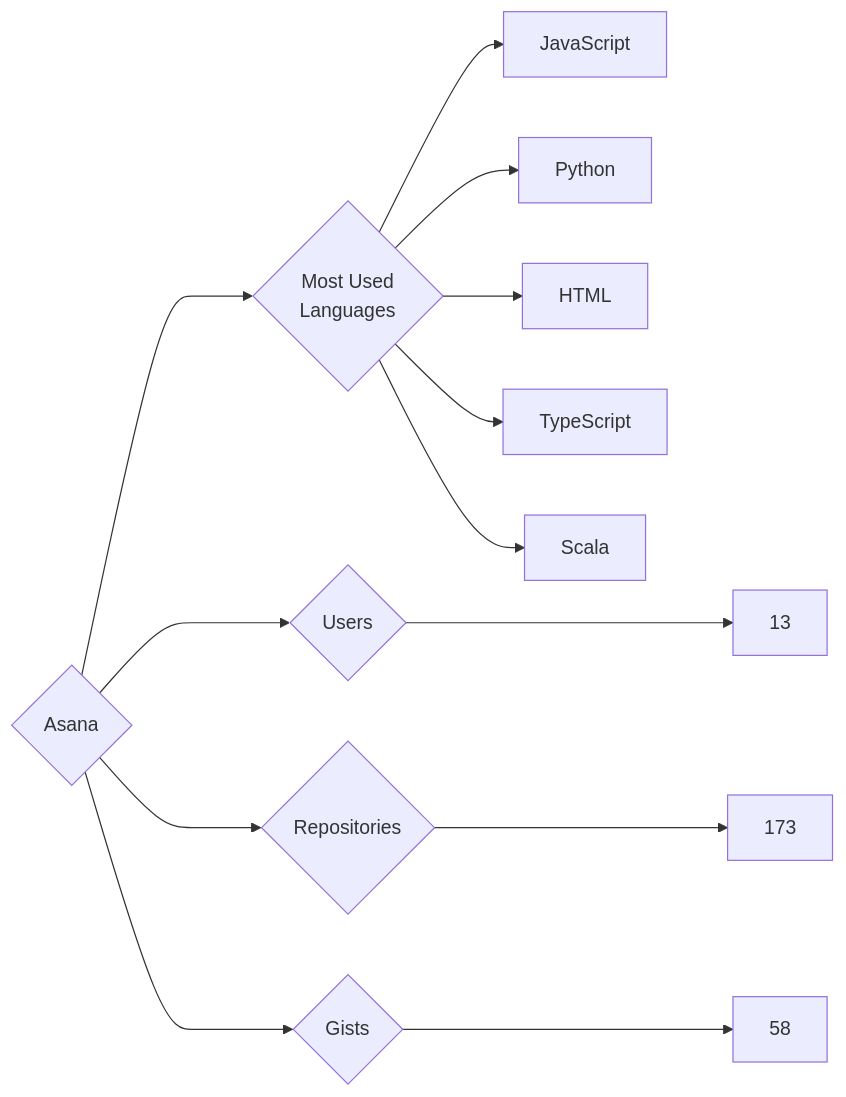
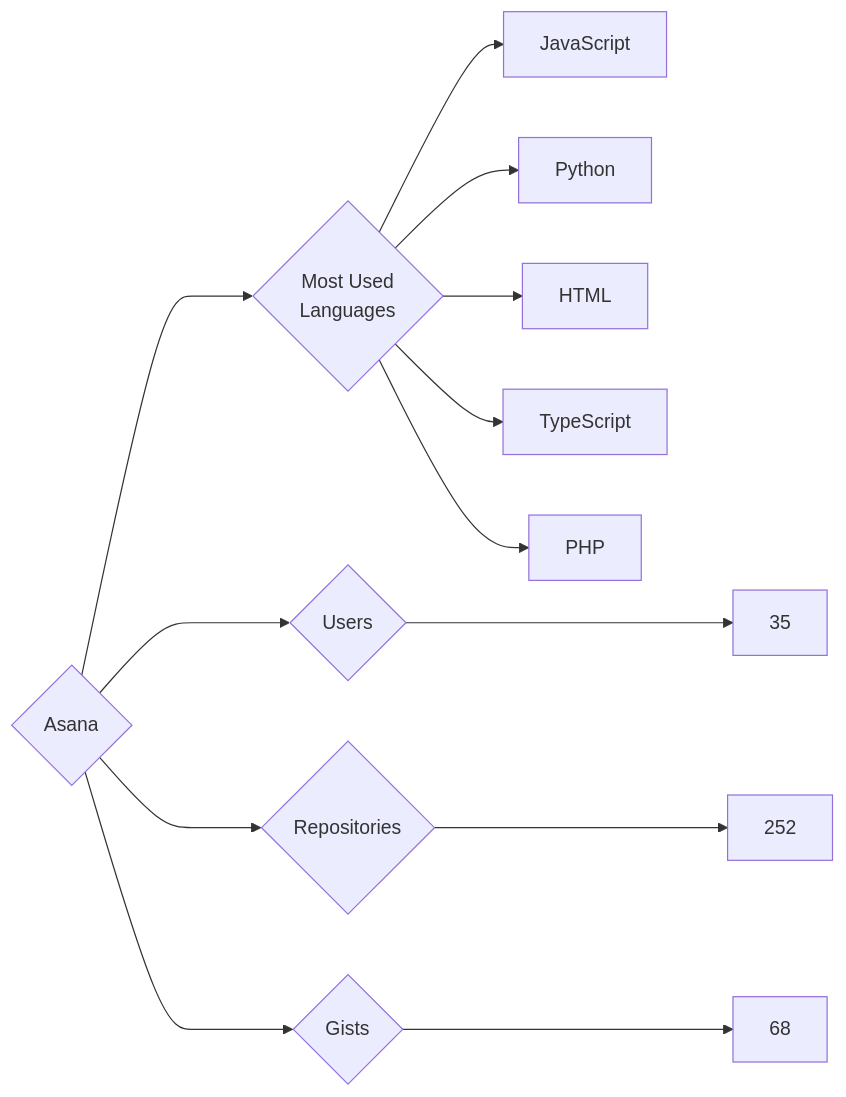
Before and after one commit to trickest/insiders: the diagram in targets/Asana/README.md, drawn with Mermaid. The commit also changed 736 other files, not shown here.

````diff
--- a/targets/Asana/README.md
+++ b/targets/Asana/README.md
@@ -3,13 +3,13 @@
 ```mermaid
 graph LR
 COMPANY_NAME{Asana}
-COMPANY_NAME ---> U{Users} ---> UN[13]
-COMPANY_NAME ---> R{Repositories} ---> RN[173]
-COMPANY_NAME ---> G{Gists} ---> GN[58]
+COMPANY_NAME ---> U{Users} ---> UN[35]
+COMPANY_NAME ---> R{Repositories} ---> RN[252]
+COMPANY_NAME ---> G{Gists} ---> GN[68]
 COMPANY_NAME ---> ML{Most Used<br>Languages}
 ML --> JavaScript[JavaScript]
 ML --> Python[Python]
 ML --> HTML[HTML]
 ML --> TypeScript[TypeScript]
-ML --> Scala[Scala]
+ML --> PHP[PHP]
 ```
````
